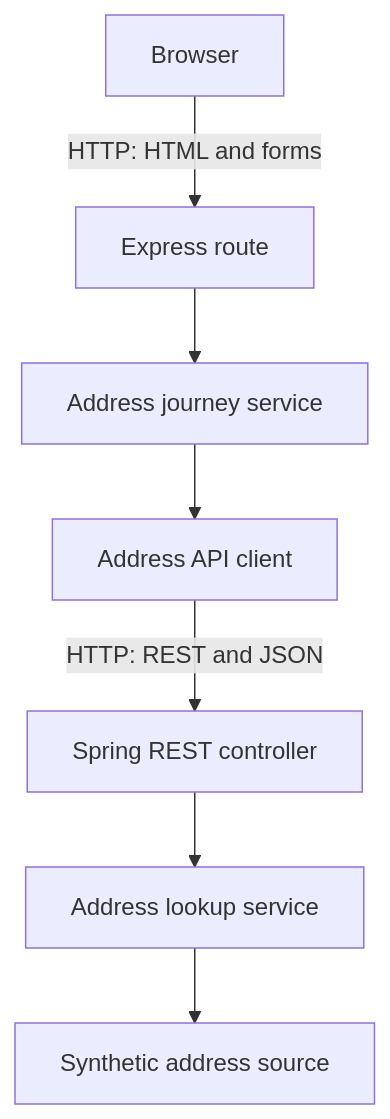
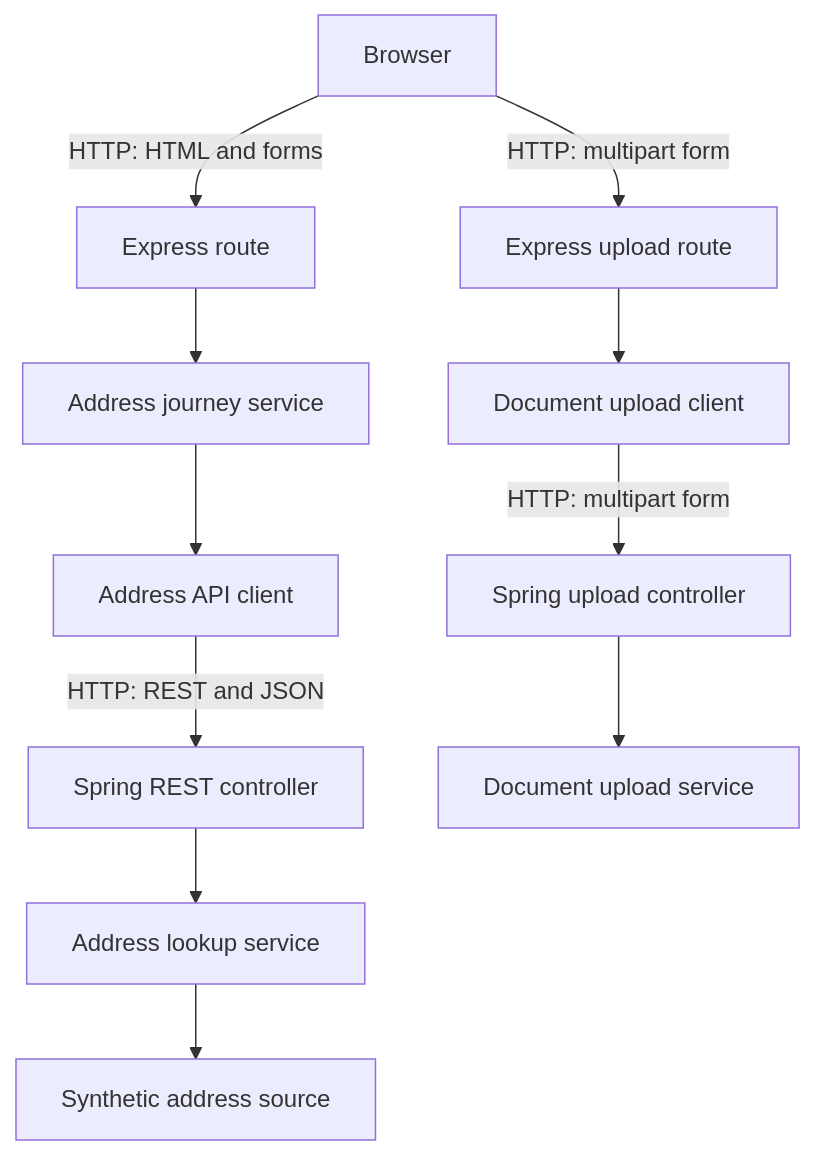
The first of 2 diagrams in docs/how-the-service-works.md (sopvkane/brightstart-training-service), drawn with Mermaid before and after one commit. The commit also changed other lines of this file and 20 other files, not shown here.

Commit message:
DEV-008: Complete document upload logic and testing

````diff
--- a/docs/how-the-service-works.md
+++ b/docs/how-the-service-works.md
@@ -23,17 +23,25 @@
 ```mermaid
 flowchart TD
     Browser[Browser]
     FrontendRoute[Express route]
     JourneyService[Address journey service]
     ApiClient[Address API client]
     JavaController[Spring REST controller]
     LookupService[Address lookup service]
     SyntheticSource[Synthetic address source]
+    UploadRoute[Express upload route]
+    UploadClient[Document upload client]
+    UploadController[Spring upload controller]
+    UploadService[Document upload service]
 
     Browser -->|HTTP: HTML and forms| FrontendRoute
     FrontendRoute --> JourneyService
     JourneyService --> ApiClient
     ApiClient -->|HTTP: REST and JSON| JavaController
     JavaController --> LookupService
     LookupService --> SyntheticSource
+    Browser -->|HTTP: multipart form| UploadRoute
+    UploadRoute --> UploadClient
+    UploadClient -->|HTTP: multipart form| UploadController
+    UploadController --> UploadService
 ```
````
